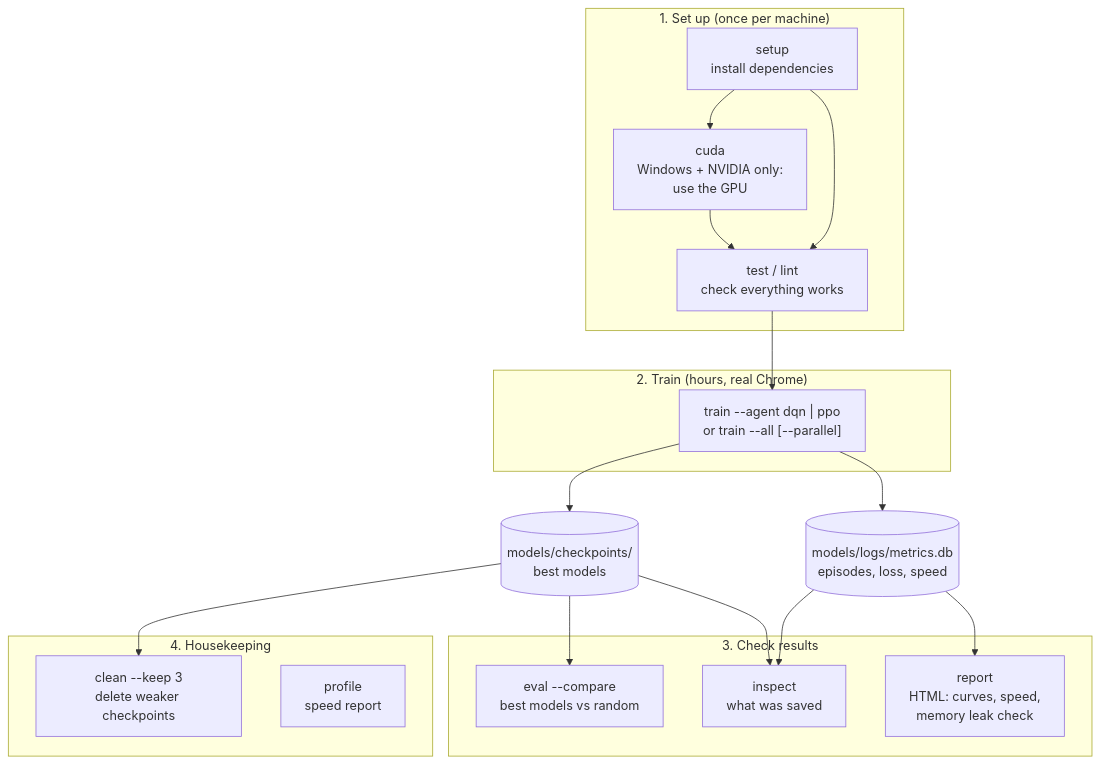
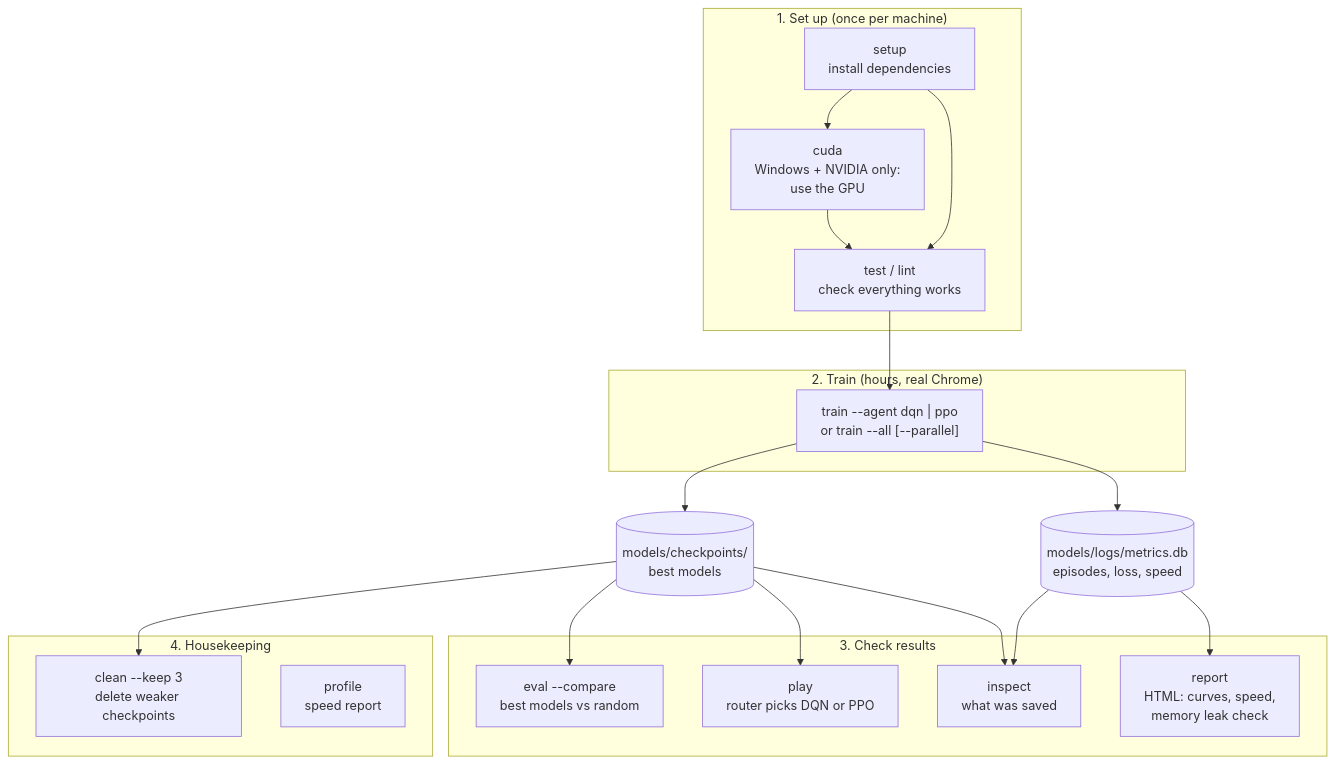
The diagram in docs/WORKFLOW.mermaid (S09Z/dino-decision-ai), drawn with Mermaid before and after one commit. The commit also changed 8 other files, not shown here.

```diff
--- a/docs/WORKFLOW.mermaid
+++ b/docs/WORKFLOW.mermaid
@@ -1,37 +1,39 @@
 %% How the commands fit together. Run each as `make <cmd>` (macOS/Linux),
 %% `.\make.ps1 <cmd>` (Windows) or `poetry run dino-ai <cmd>` (train/eval/inspect/clean/profile).
 flowchart TD
     subgraph S1["1. Set up (once per machine)"]
         setup["setup<br/>install dependencies"]
         cuda["cuda<br/>Windows + NVIDIA only:<br/>use the GPU"]
         test["test / lint<br/>check everything works"]
         setup --> cuda --> test
         setup --> test
     end
 
     subgraph S2["2. Train (hours, real Chrome)"]
         train["train --agent dqn | ppo<br/>or train --all [--parallel]"]
     end
 
     subgraph S3["3. Check results"]
         eval["eval --compare<br/>best models vs random"]
+        play["play<br/>router picks DQN or PPO"]
         inspect["inspect<br/>what was saved"]
         report["report<br/>HTML: curves, speed,<br/>memory leak check"]
     end
 
     subgraph S4["4. Housekeeping"]
         clean["clean --keep 3<br/>delete weaker checkpoints"]
         profile["profile<br/>speed report"]
     end
 
     ckpt[("models/checkpoints/<br/>best models")]
     db[("models/logs/metrics.db<br/>episodes, loss, speed")]
 
     test --> train
     train --> ckpt
     train --> db
     ckpt --> eval
+    ckpt --> play
     ckpt --> inspect
     db --> inspect
     db --> report
     ckpt --> clean
```
